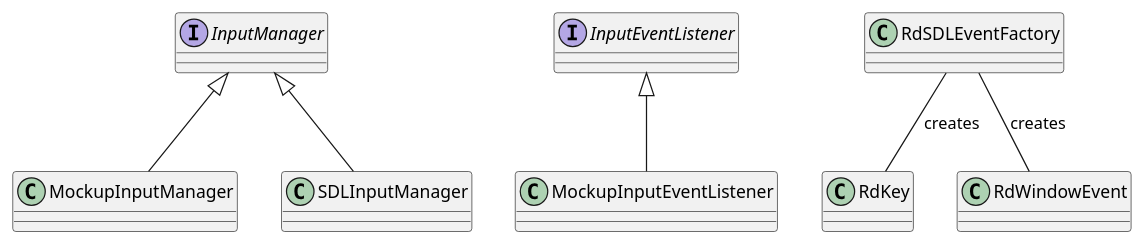
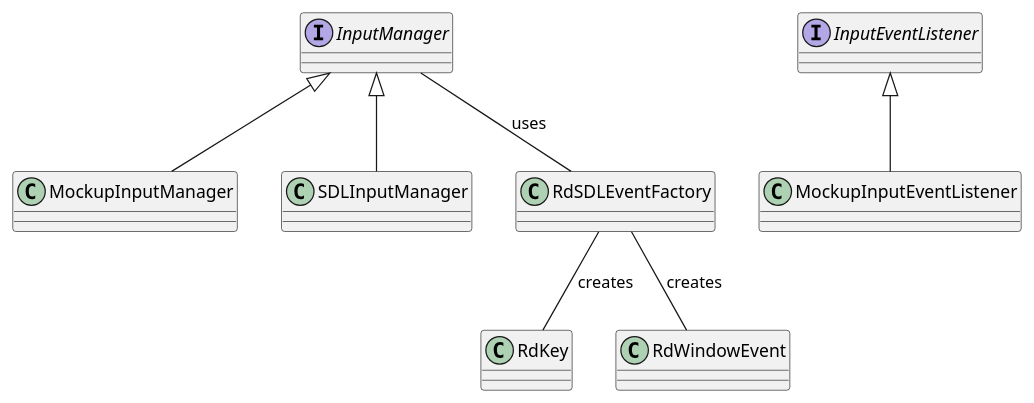
The diagram in en/input-management.md (asrob-uc3m/robotDevastation-developer-manual), drawn with PlantUML before and after one commit.

Commit message:
Updates en/input-management.md
Auto commit by GitBook Editor

```diff
--- a/en/input-management.md
+++ b/en/input-management.md
@@ -11,24 +11,25 @@
 {% plantuml %}
 interface InputManager
 
 Class MockupInputManager
 
 InputManager <|-- MockupInputManager
 
 InputManager <|-- SDLInputManager
 
 interface InputEventListener
 
 class MockupInputEventListener
 
 InputEventListener <|-- MockupInputEventListener
 
 class RdKey
 
 class RdWindowEvent
 
 class RdSDLEventFactory
 
 RdSDLEventFactory -- RdKey : creates
 RdSDLEventFactory -- RdWindowEvent : creates
+InputManager -- RdSDLEventFactory : uses
 {% endplantuml %}
```
